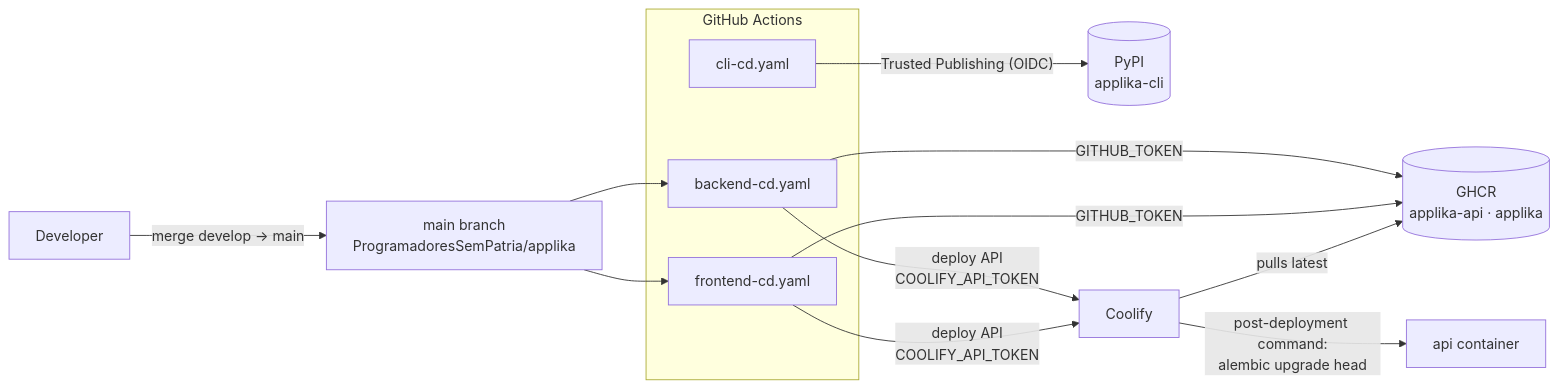
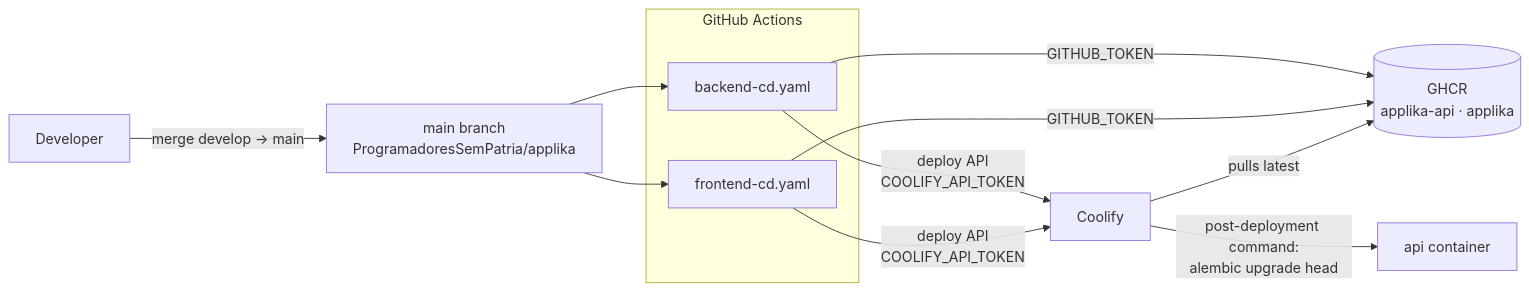
Before and after one commit to BorderlessCodingHub/applika: the fourth of 13 diagrams in docs/infrastructure.md, drawn with Mermaid. The commit also changed other lines of this file and 3 other files, not shown here.

Commit message:
ci(cli): stop publishing applika-cli

````diff
--- a/docs/infrastructure.md
+++ b/docs/infrastructure.md
@@ -147,21 +147,19 @@
 ```mermaid
 flowchart LR
     dev["Developer"] -- "merge develop → main" --> main["main branch<br/>ProgramadoresSemPatria/applika"]
 
     subgraph gha["GitHub Actions"]
         bcd["backend-cd.yaml"]
         fcd["frontend-cd.yaml"]
-        ccd["cli-cd.yaml"]
     end
 
     main --> bcd
     main --> fcd
     bcd -- "GITHUB_TOKEN" --> ghcr[("GHCR<br/>applika-api · applika")]
     fcd -- "GITHUB_TOKEN" --> ghcr
-    ccd -- "Trusted Publishing (OIDC)" --> pypi[("PyPI<br/>applika-cli")]
 
     bcd -- "deploy API<br/>COOLIFY_API_TOKEN" --> coolify["Coolify"]
     fcd -- "deploy API<br/>COOLIFY_API_TOKEN" --> coolify
     coolify -- "pulls latest" --> ghcr
     coolify -- "post-deployment command:<br/>alembic upgrade head" --> api["api container"]
 ```
````
